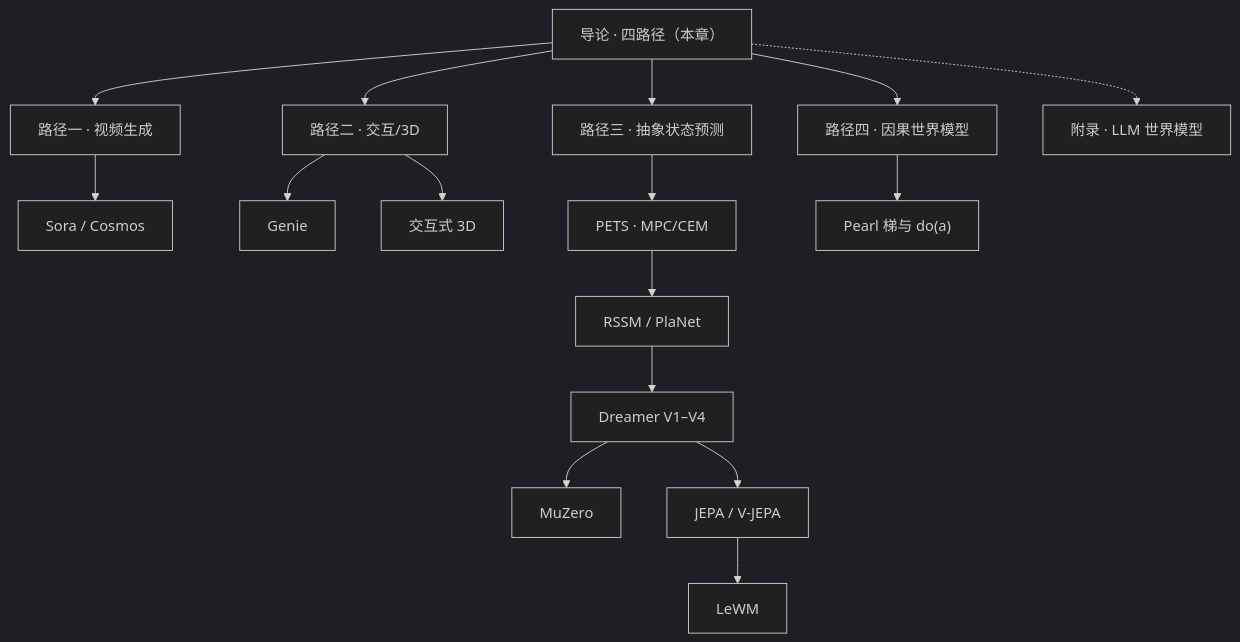
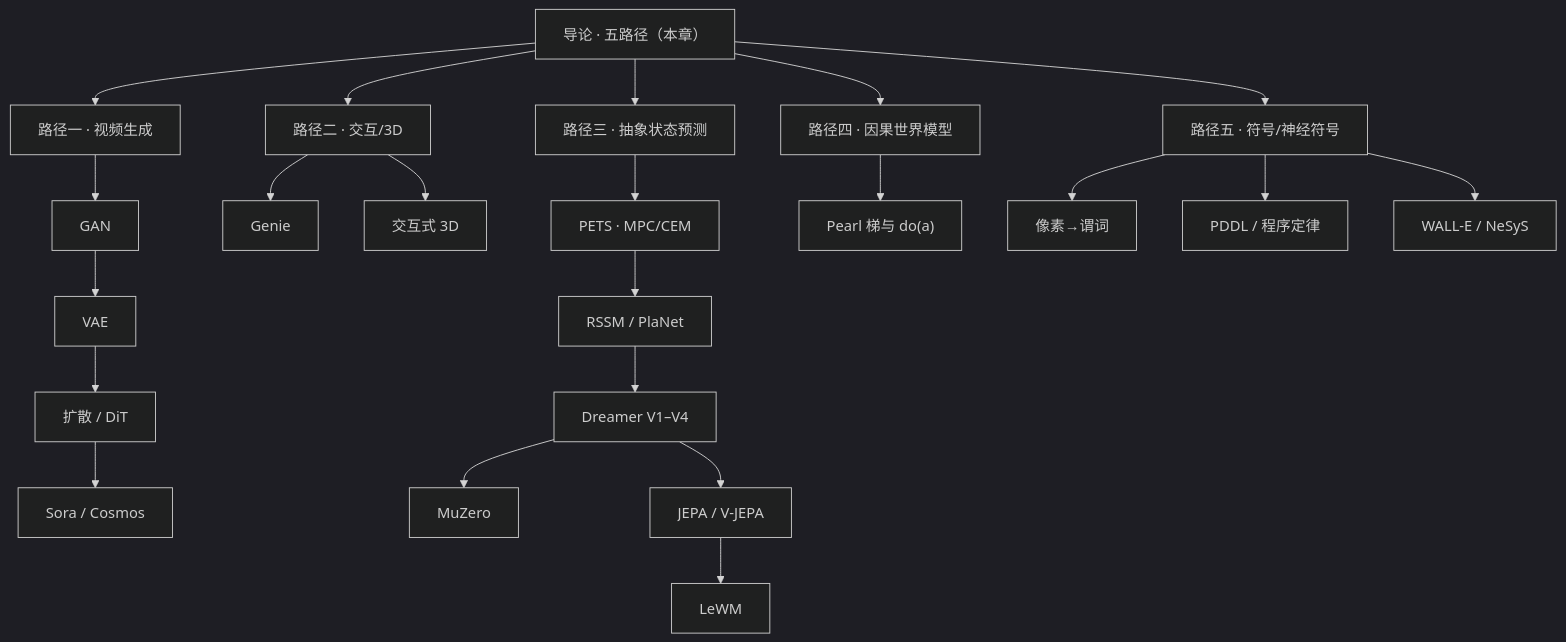
One commit to DeconBear/notebook changed the diagram in docs/world-models/intro/index.md. Above: the diagram before and after it, drawn with Mermaid (dark theme). The commit also changed other lines of this file and 141 other files, not shown here.

````diff
--- a/docs/world-models/intro/index.md
+++ b/docs/world-models/intro/index.md
@@ -103,18 +106,24 @@
 ```mermaid
 flowchart TB
-    intro["导论 · 四路径（本章）"] --> p1["路径一 · 视频生成"]
+    intro["导论 · 五路径（本章）"] --> p1["路径一 · 视频生成"]
     intro --> p2["路径二 · 交互/3D"]
     intro --> p3["路径三 · 抽象状态预测"]
     intro --> p4["路径四 · 因果世界模型"]
-    p1 --> video["Sora / Cosmos"]
+    intro --> p5["路径五 · 符号/神经符号"]
+    p1 --> gan["GAN"]
+    gan --> vae["VAE"]
+    vae --> diff["扩散 / DiT"]
+    diff --> video["Sora / Cosmos"]
     p2 --> genie["Genie"]
     p2 --> scene["交互式 3D"]
     p3 --> pets["PETS · MPC/CEM"]
     pets --> rssm["RSSM / PlaNet"]
     rssm --> dreamer["Dreamer V1–V4"]
     dreamer --> muzero["MuZero"]
     dreamer --> jepa["JEPA / V-JEPA"]
     jepa --> lewm["LeWM"]
     p4 --> causal["Pearl 梯与 do(a)"]
-    intro -.-> llm["附录 · LLM 世界模型"]
+    p5 --> ground["像素→谓词"]
+    p5 --> prog["PDDL / 程序定律"]
+    p5 --> align["WALL-E / NeSyS"]
 ```
````
